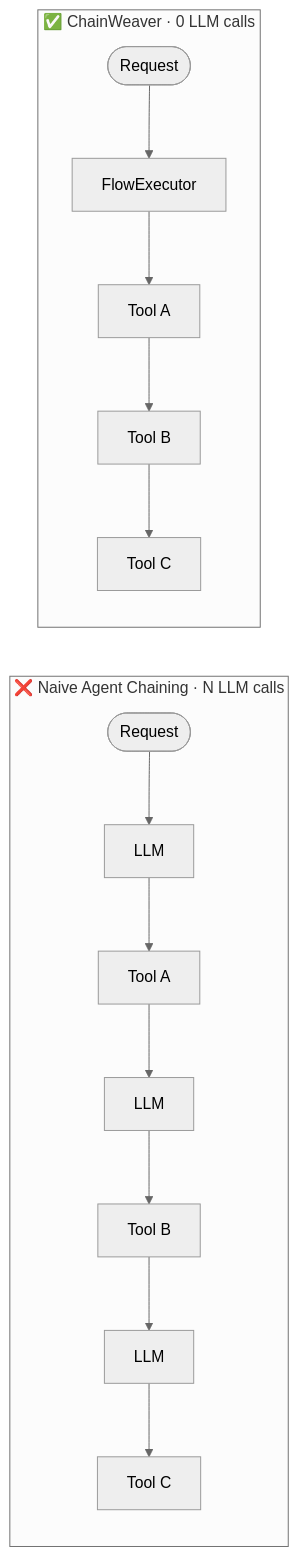
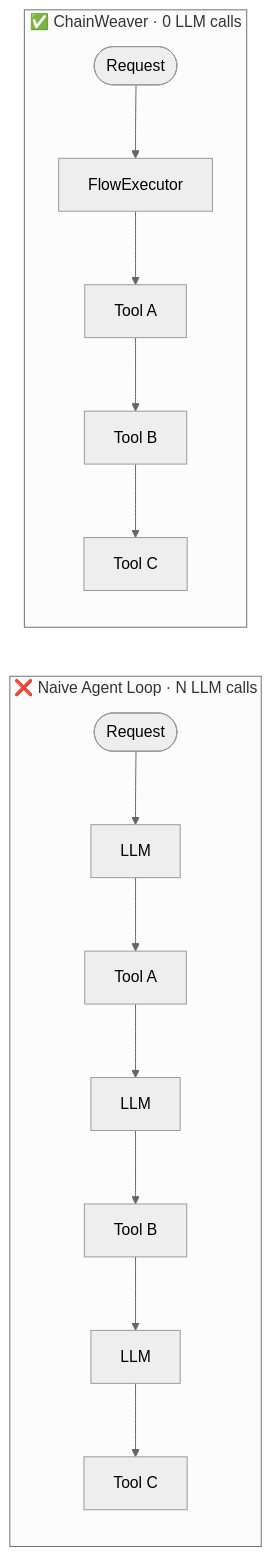
One commit to dgenio/ChainWeaver changed the diagram in README.md. Above: the diagram before and after it, drawn with Mermaid (neutral theme). The commit also changed other lines of this file and 24 other files, not shown here.

````diff
--- a/README.md
+++ b/README.md
@@ -10,9 +10,9 @@
 ```mermaid
 flowchart LR
-    subgraph before ["❌ Naive Agent Chaining · N LLM calls"]
+    subgraph before ["❌ Naive Agent Loop · N LLM calls"]
         R1([Request]) --> L1[LLM] --> T1[Tool A] --> L2[LLM] --> T2[Tool B] --> L3[LLM] --> T3[Tool C]
     end
     subgraph after ["✅ ChainWeaver · 0 LLM calls"]
         R2([Request]) --> E[FlowExecutor] --> U1[Tool A] --> U2[Tool B] --> U3[Tool C]
     end
 ```
````
